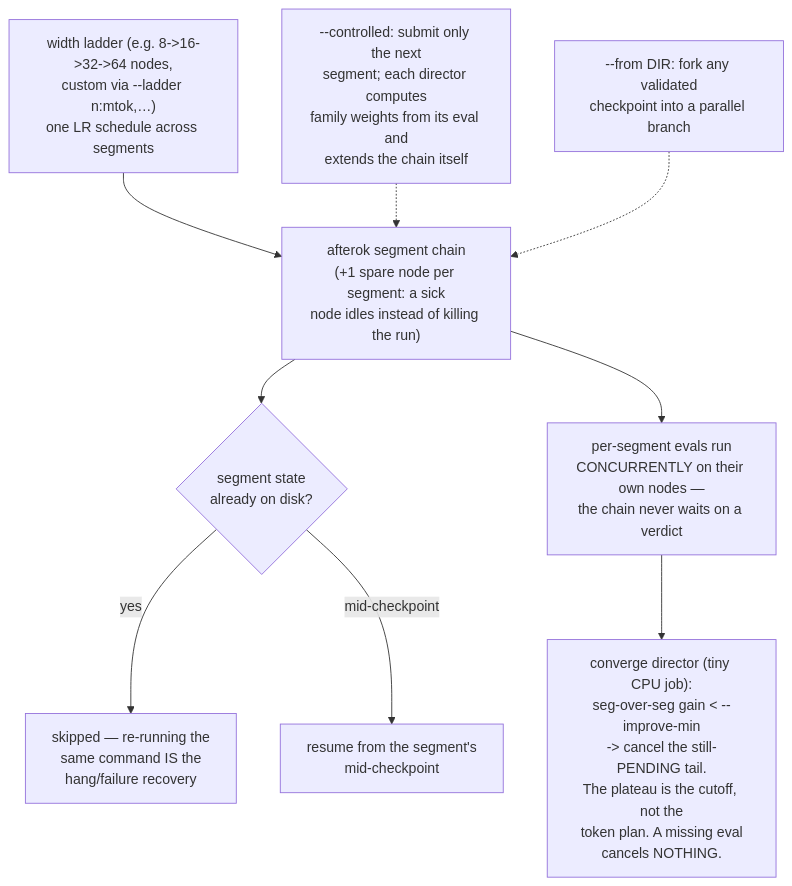
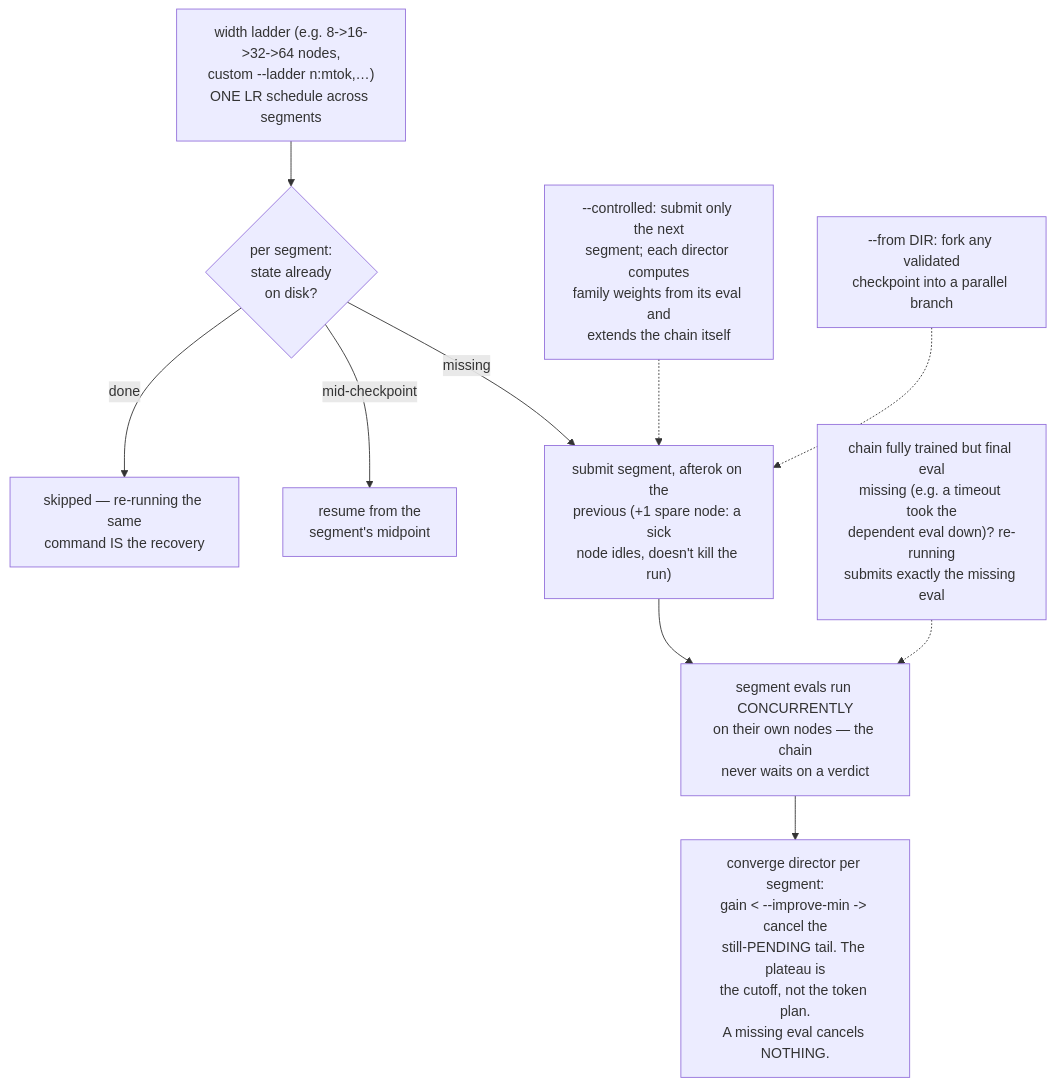
The fifth of 24 diagrams in docs/cli.md (storax-io/storax-ai-train-rocm), drawn with Mermaid before and after one commit. The commit also changed other lines of this file, not shown here.

Commit message:
cli.md: one flowchart per sc verb (all ~30: launch, judging, data, observing, recovery, storage doctrine), framed as what it is — a front end to Slurm where all causality lives in dependencies; still scrubbed to usage-level (closed source, open usage)

````diff
--- a/docs/cli.md
+++ b/docs/cli.md
@@ -61,11 +66,12 @@
 ```mermaid
 flowchart TB
-    LAD["width ladder (e.g. 8->16->32->64 nodes,<br/>custom via --ladder n:mtok,…)<br/>one LR schedule across segments"] --> SEGS["afterok segment chain<br/>(+1 spare node per segment: a sick<br/>node idles instead of killing the run)"]
-    SEGS --> IDEM{"segment state<br/>already on disk?"}
-    IDEM -- yes --> SKIP["skipped — re-running the<br/>same command IS the<br/>hang/failure recovery"]
-    IDEM -- "mid-checkpoint" --> MID["resume from the segment's<br/>mid-checkpoint"]
-    SEGS --> CEVAL["per-segment evals run<br/>CONCURRENTLY on their own nodes —<br/>the chain never waits on a verdict"]
-    CEVAL --> CONV["converge director (tiny CPU job):<br/>seg-over-seg gain < --improve-min<br/>-> cancel the still-PENDING tail.<br/>The plateau is the cutoff, not the<br/>token plan. A missing eval<br/>cancels NOTHING."]
-    CTRL["--controlled: submit only the next<br/>segment; each director computes<br/>family weights from its eval and<br/>extends the chain itself"] -.-> SEGS
-    FORK["--from DIR: fork any validated<br/>checkpoint into a parallel branch"] -.-> SEGS
+    LAD["width ladder (e.g. 8->16->32->64 nodes,<br/>custom --ladder n:mtok,…)<br/>ONE LR schedule across segments"] --> SEGS{"per segment:<br/>state already<br/>on disk?"}
+    SEGS -- done --> SKIP["skipped — re-running the same<br/>command IS the recovery"]
+    SEGS -- mid-checkpoint --> MID["resume from the<br/>segment's midpoint"]
+    SEGS -- missing --> SB["submit segment, afterok on the<br/>previous (+1 spare node: a sick<br/>node idles, doesn't kill the run)"]
+    SB --> CEVAL["segment evals run CONCURRENTLY<br/>on their own nodes — the chain<br/>never waits on a verdict"]
+    CEVAL --> CONV["converge director per segment:<br/>gain < --improve-min -> cancel the<br/>still-PENDING tail. The plateau is<br/>the cutoff, not the token plan.<br/>A missing eval cancels NOTHING."]
+    CTRL["--controlled: submit only the next<br/>segment; each director computes<br/>family weights from its eval and<br/>extends the chain itself"] -.-> SB
+    FORK["--from DIR: fork any validated<br/>checkpoint into a parallel branch"] -.-> SB
+    TAIL["chain fully trained but final eval<br/>missing (e.g. a timeout took the<br/>dependent eval down)? re-running<br/>submits exactly the missing eval"] -.-> CEVAL
 ```
````
